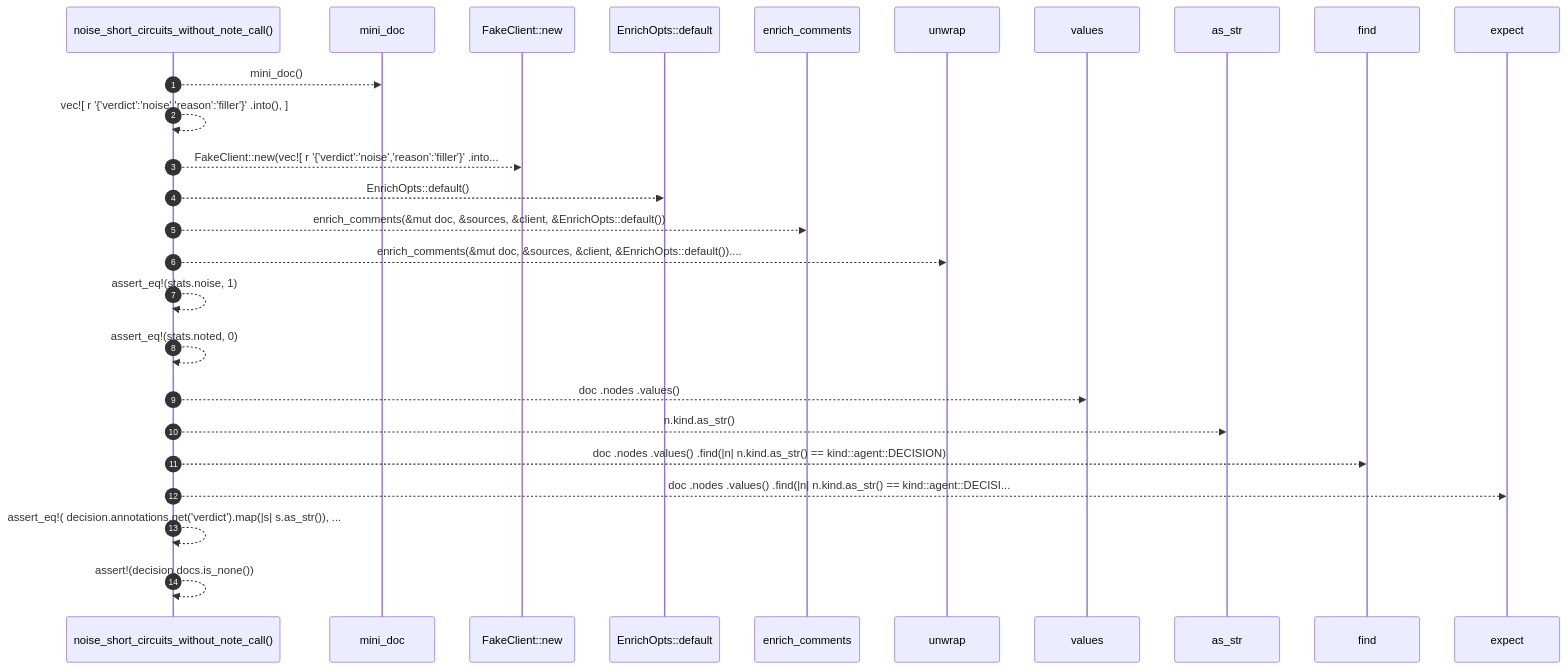
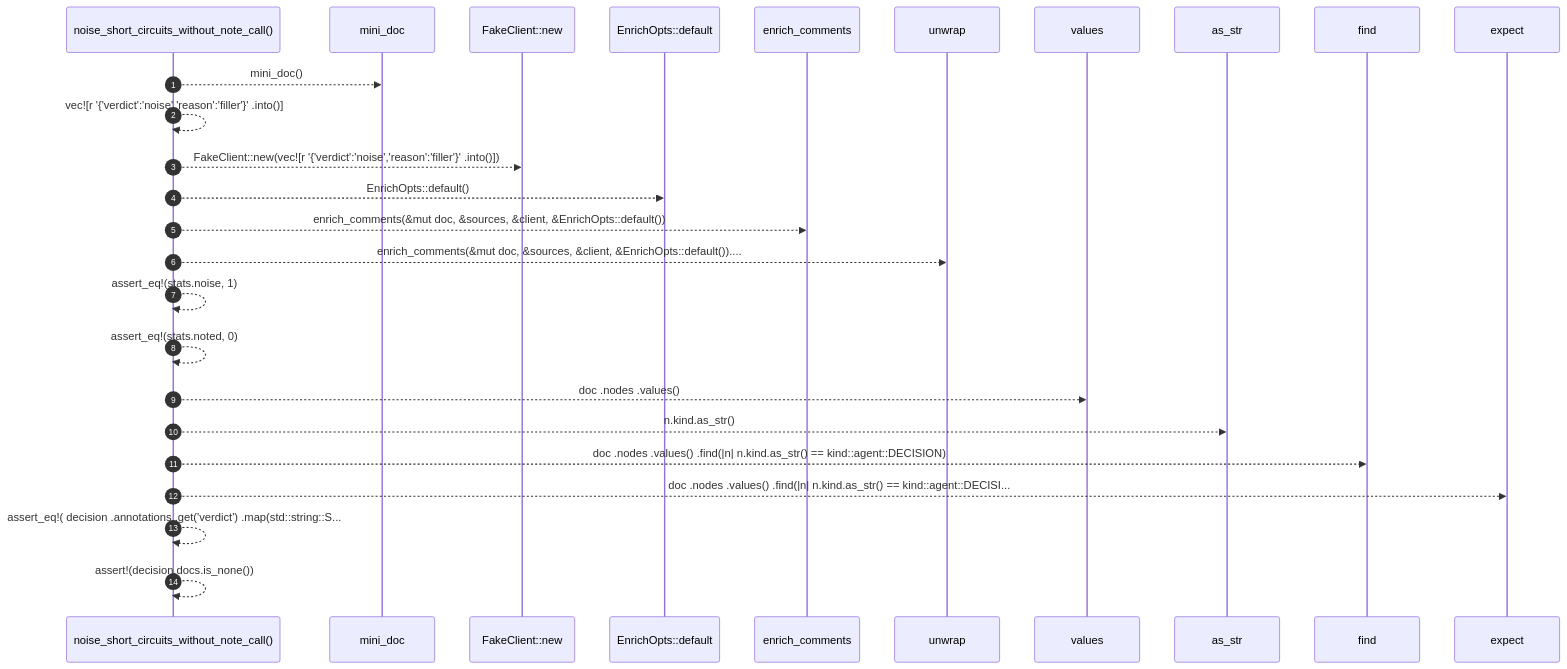
One commit to RyanGuild/self-describing-code changed the diagram in docs/self-model/robby_agent/enrich/tests/noise-short-circuits-without-note-call.md. Above: the diagram before and after it, drawn with Mermaid. The commit also changed other lines of this file and 747 other files, not shown here.

````diff
--- a/docs/self-model/robby_agent/enrich/tests/noise-short-circuits-without-note-call.md
+++ b/docs/self-model/robby_agent/enrich/tests/noise-short-circuits-without-note-call.md
@@ -35,28 +36,28 @@
 ```mermaid
 sequenceDiagram
     autonumber
     participant noise_short_circuits_without_note_call as noise_short_circuits_without_note_call()
     participant mini_doc as mini_doc
     participant FakeClient__new as FakeClient::new
     participant EnrichOpts__default as EnrichOpts::default
     participant enrich_comments as enrich_comments
     participant unwrap as unwrap
     participant values as values
     participant as_str as as_str
     participant find as find
     participant expect as expect
     noise_short_circuits_without_note_call-->>mini_doc: mini_doc()
-    noise_short_circuits_without_note_call-->>noise_short_circuits_without_note_call: vec![ r '{'verdict':'noise','reason':'filler'}' .into(), ]
-    noise_short_circuits_without_note_call-->>FakeClient__new: FakeClient::new(vec![ r '{'verdict':'noise','reason':'filler'}' .into...
+    noise_short_circuits_without_note_call-->>noise_short_circuits_without_note_call: vec![r '{'verdict':'noise','reason':'filler'}' .into()]
+    noise_short_circuits_without_note_call-->>FakeClient__new: FakeClient::new(vec![r '{'verdict':'noise','reason':'filler'}' .into()])
     noise_short_circuits_without_note_call-->>EnrichOpts__default: EnrichOpts::default()
     noise_short_circuits_without_note_call-->>enrich_comments: enrich_comments(&mut doc, &sources, &client, &EnrichOpts::default())
     noise_short_circuits_without_note_call-->>unwrap: enrich_comments(&mut doc, &sources, &client, &EnrichOpts::default())....
     noise_short_circuits_without_note_call-->>noise_short_circuits_without_note_call: assert_eq!(stats.noise, 1)
     noise_short_circuits_without_note_call-->>noise_short_circuits_without_note_call: assert_eq!(stats.noted, 0)
     noise_short_circuits_without_note_call-->>values: doc .nodes .values()
     noise_short_circuits_without_note_call-->>as_str: n.kind.as_str()
     noise_short_circuits_without_note_call-->>find: doc .nodes .values() .find(|n| n.kind.as_str() == kind::agent::DECISION)
     noise_short_circuits_without_note_call-->>expect: doc .nodes .values() .find(|n| n.kind.as_str() == kind::agent::DECISI...
-    noise_short_circuits_without_note_call-->>noise_short_circuits_without_note_call: assert_eq!( decision.annotations.get('verdict').map(|s| s.as_str()), ...
+    noise_short_circuits_without_note_call-->>noise_short_circuits_without_note_call: assert_eq!( decision .annotations .get('verdict') .map(std::string::S...
     noise_short_circuits_without_note_call-->>noise_short_circuits_without_note_call: assert!(decision.docs.is_none())
 ```
````
